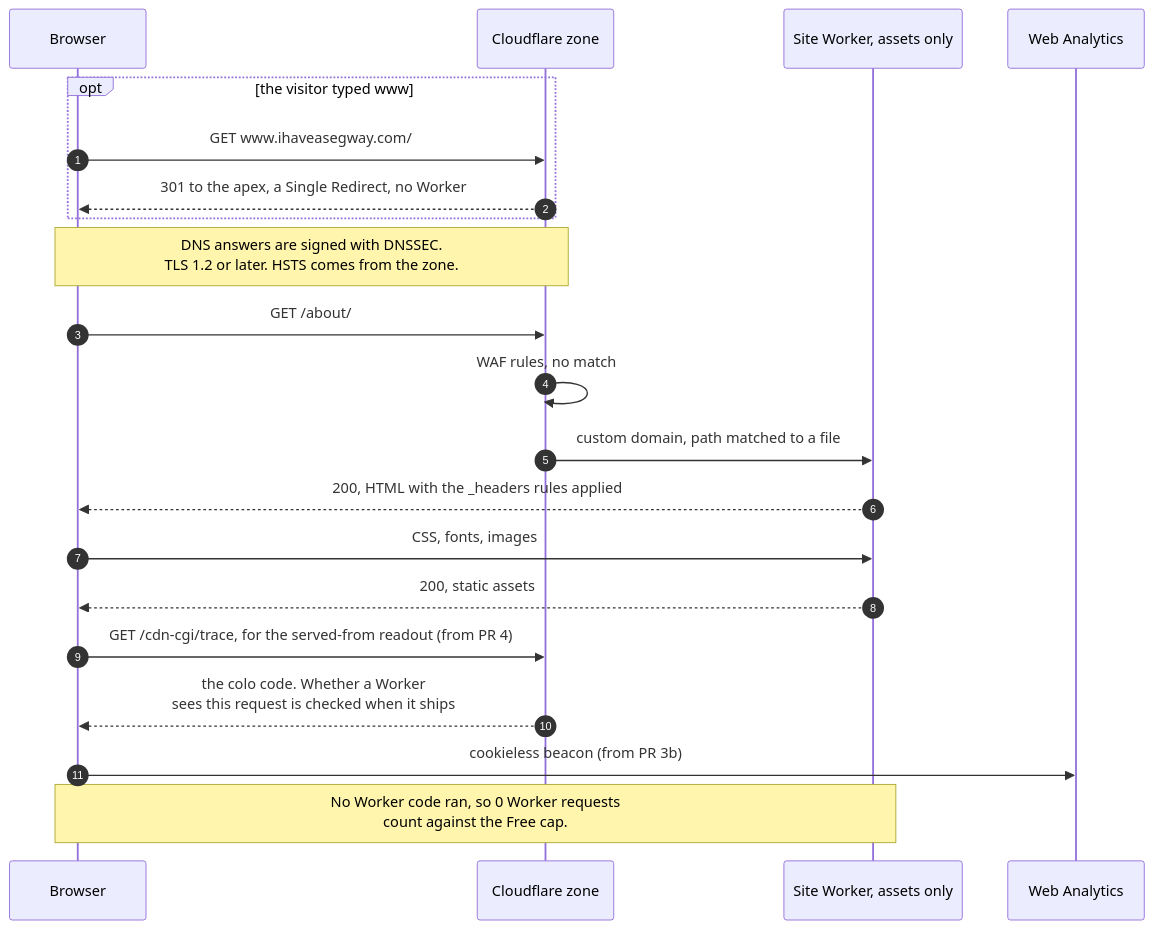
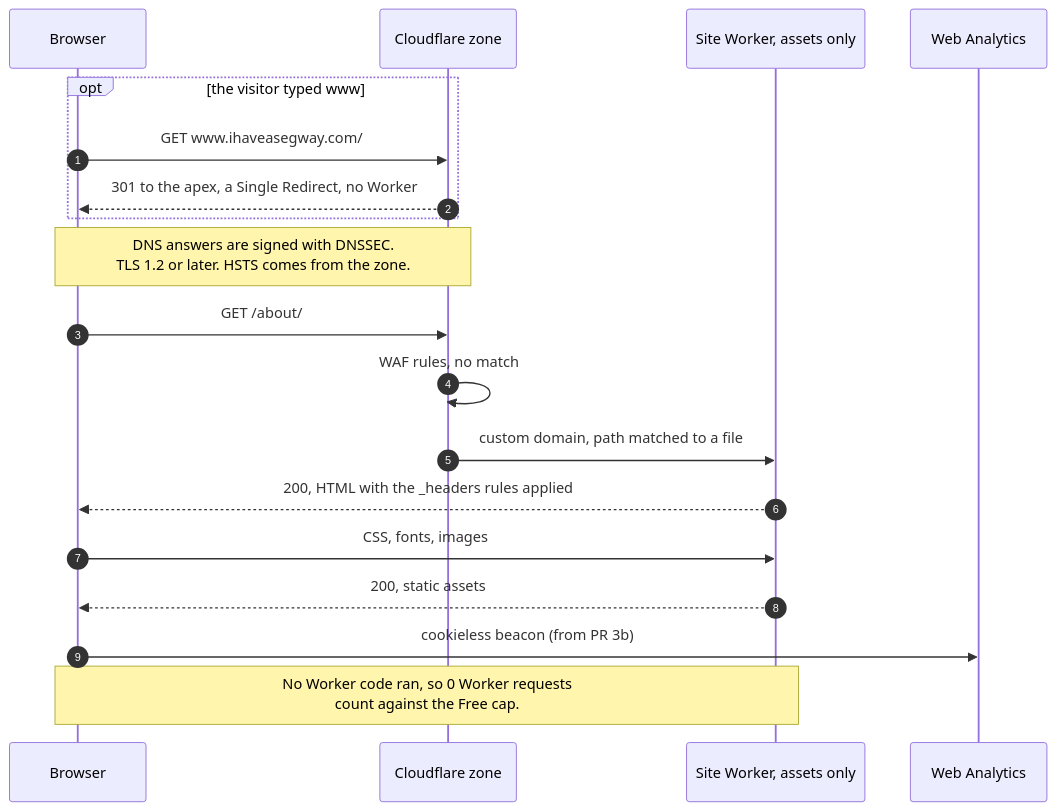
The third of 5 diagrams in docs/architecture.md (IHaveASegway/website), drawn with Mermaid before and after one commit. The commit also changed other lines of this file and 91 other files, not shown here.

````diff
--- a/docs/architecture.md
+++ b/docs/architecture.md
@@ -180,23 +180,21 @@
 ```mermaid
 sequenceDiagram
   autonumber
   participant B as Browser
   participant Z as Cloudflare zone
   participant S as Site Worker, assets only
   participant A as Web Analytics
   opt the visitor typed www
     B->>Z: GET www.ihaveasegway.com/
     Z-->>B: 301 to the apex, a Single Redirect, no Worker
   end
   Note over B,Z: DNS answers are signed with DNSSEC.<br/>TLS 1.2 or later. HSTS comes from the zone.
   B->>Z: GET /about/
   Z->>Z: WAF rules, no match
   Z->>S: custom domain, path matched to a file
   S-->>B: 200, HTML with the _headers rules applied
   B->>S: CSS, fonts, images
   S-->>B: 200, static assets
-  B->>Z: GET /cdn-cgi/trace, for the served-from readout (from PR 4)
-  Z-->>B: the colo code. Whether a Worker<br/>sees this request is checked when it ships
   B->>A: cookieless beacon (from PR 3b)
   Note over B,S: No Worker code ran, so 0 Worker requests<br/>count against the Free cap.
 ```
````
